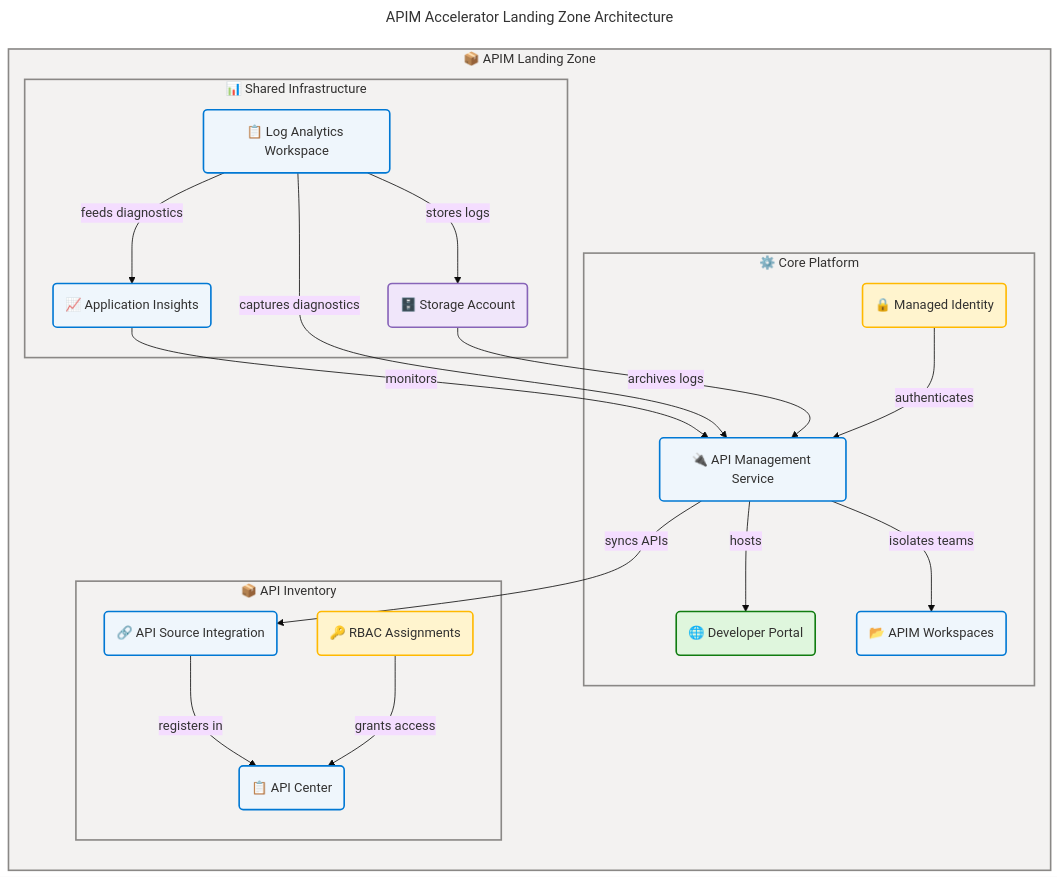
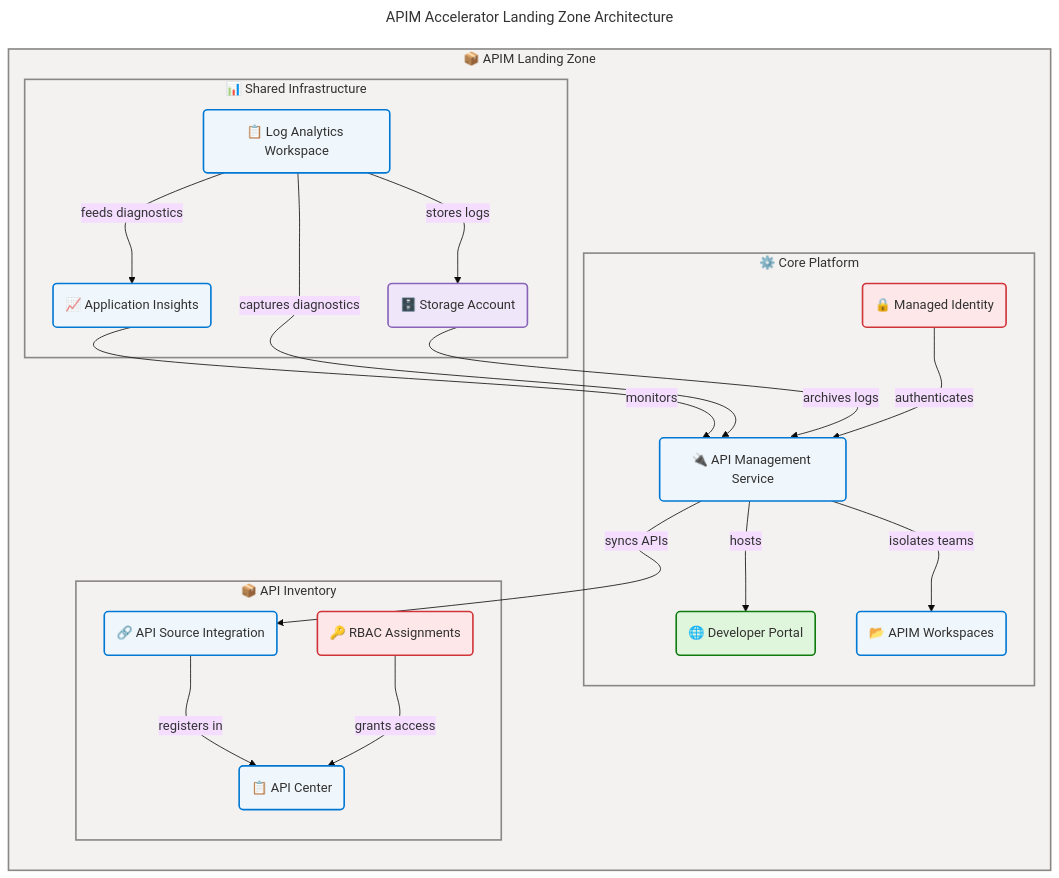
Before and after one commit to Evilazaro/APIM-Accelerator: the diagram in README.md, drawn with Mermaid.

Commit message:
Update flowchart styles in README.md for improved clarity and accessibility

````diff
--- a/README.md
+++ b/README.md
@@ -47,70 +47,73 @@
 ```mermaid
 ---
 title: "APIM Accelerator Landing Zone Architecture"
 config:
   theme: base
   look: classic
   layout: dagre
+  themeVariables:
+    fontSize: '16px'
   flowchart:
     htmlLabels: true
+    curve: cardinal
 ---
 flowchart TB
     accTitle: APIM Accelerator Landing Zone Architecture
     accDescr: Shows the three-tier deployment architecture with shared monitoring, core APIM platform, and API inventory layers including component relationships and data flow
 
     %% ═══════════════════════════════════════════════════════════════════════════
     %% AZURE / FLUENT ARCHITECTURE PATTERN v1.1
     %% (Semantic + Structural + Font + Accessibility Governance)
     %% ═══════════════════════════════════════════════════════════════════════════
     %% PHASE 1 - FLUENT UI: All styling uses approved Fluent UI palette only
     %% PHASE 2 - GROUPS: Every subgraph has semantic color via style directive
     %% PHASE 3 - COMPONENTS: Every node has semantic classDef + icon prefix
     %% PHASE 4 - ACCESSIBILITY: accTitle/accDescr present, WCAG AA contrast
     %% PHASE 5 - STANDARD: Governance block present, classDefs centralized
     %% ═══════════════════════════════════════════════════════════════════════════
 
     subgraph landingZone["📦 APIM Landing Zone"]
         direction TB
 
         subgraph sharedLayer["📊 Shared Infrastructure"]
             logAnalytics("📋 Log Analytics Workspace"):::core
             appInsights("📈 Application Insights"):::core
             storageAcct("🗄️ Storage Account"):::data
         end
 
         subgraph coreLayer["⚙️ Core Platform"]
             apimService("🔌 API Management Service"):::core
             devPortal("🌐 Developer Portal"):::success
             workspaces("📂 APIM Workspaces"):::core
-            managedId("🔒 Managed Identity"):::warning
+            managedId("🔒 Managed Identity"):::danger
         end
 
         subgraph inventoryLayer["📦 API Inventory"]
             apiCenter("📋 API Center"):::core
             apiSource("🔗 API Source Integration"):::core
-            rbacRoles("🔑 RBAC Assignments"):::warning
+            rbacRoles("🔑 RBAC Assignments"):::danger
         end
     end
 
     logAnalytics -->|"feeds diagnostics"| appInsights
     logAnalytics -->|"stores logs"| storageAcct
     appInsights -->|"monitors"| apimService
     logAnalytics -->|"captures diagnostics"| apimService
     storageAcct -->|"archives logs"| apimService
     apimService -->|"hosts"| devPortal
     apimService -->|"isolates teams"| workspaces
     managedId -->|"authenticates"| apimService
     apimService -->|"syncs APIs"| apiSource
     apiSource -->|"registers in"| apiCenter
     rbacRoles -->|"grants access"| apiCenter
 
     style landingZone fill:#F3F2F1,stroke:#8A8886,stroke-width:2px,color:#323130
     style sharedLayer fill:#F3F2F1,stroke:#8A8886,stroke-width:2px,color:#323130
     style coreLayer fill:#F3F2F1,stroke:#8A8886,stroke-width:2px,color:#323130
     style inventoryLayer fill:#F3F2F1,stroke:#8A8886,stroke-width:2px,color:#323130
 
     classDef core fill:#EFF6FC,stroke:#0078D4,stroke-width:2px,color:#323130
     classDef success fill:#DFF6DD,stroke:#107C10,stroke-width:2px,color:#323130
-    classDef warning fill:#FFF4CE,stroke:#FFB900,stroke-width:2px,color:#323130
+    classDef danger fill:#FDE7E9,stroke:#D13438,stroke-width:2px,color:#323130
     classDef data fill:#F0E6FA,stroke:#8764B8,stroke-width:2px,color:#323130
 ```
````
